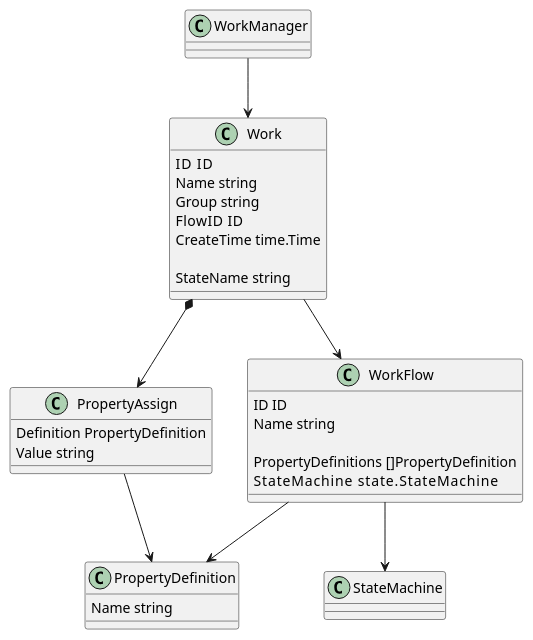
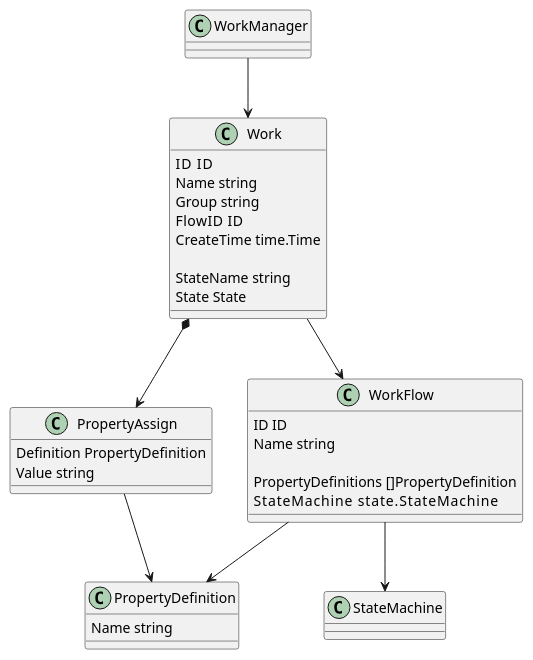
The diagram in doc/WorkAndFlow.puml (fundwit/flywheel), drawn with PlantUML before and after one commit. The commit also changed 10 other files, not shown here.

```diff
--- a/doc/WorkAndFlow.puml
+++ b/doc/WorkAndFlow.puml
@@ -1,39 +1,40 @@
 @startuml
 class Work {
     ID  ID
     Name string
     Group string
     FlowID  ID
     CreateTime time.Time
 
     StateName string
+    State State
 }
 
 Work --> WorkFlow
 Work *--> PropertyAssign
 PropertyAssign --> PropertyDefinition
 WorkFlow --> PropertyDefinition
 WorkFlow --> StateMachine
 
 class WorkFlow {
     ID ID
     Name string
 
     PropertyDefinitions []PropertyDefinition
     StateMachine        state.StateMachine
 }
 
 class PropertyDefinition {
     Name string
 }
 
 class PropertyAssign {
     Definition PropertyDefinition
     Value string
 }
 
 class WorkManager {
 }
 
 WorkManager --> Work
 @enduml
```
